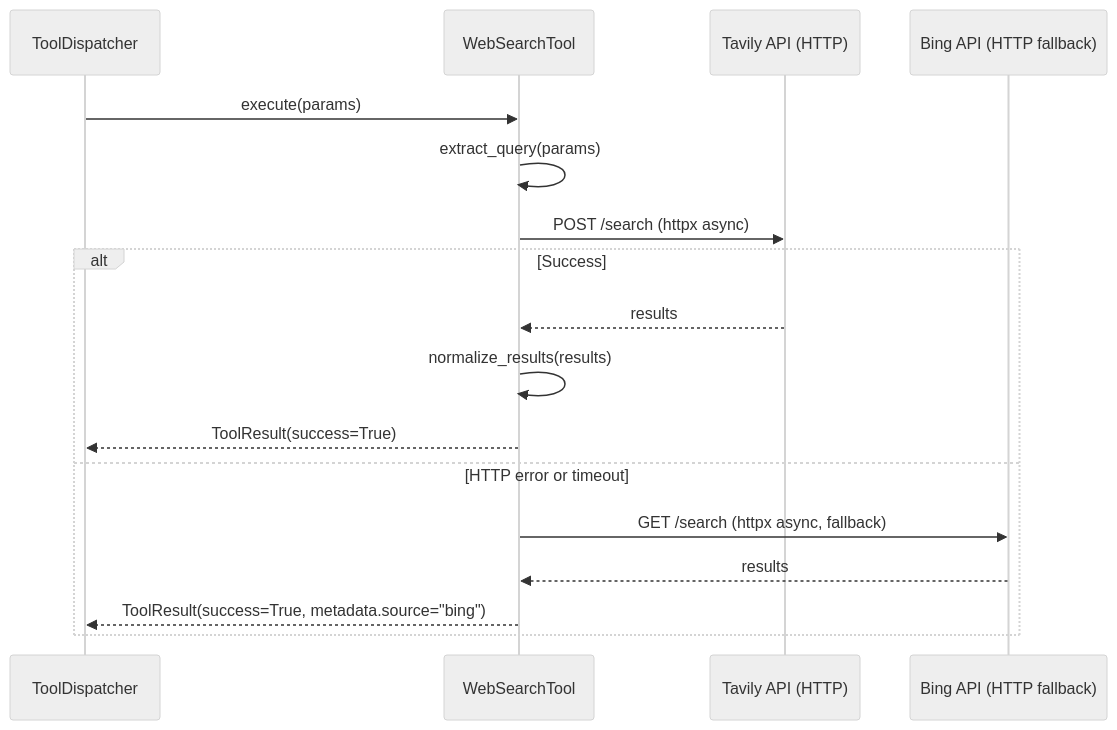
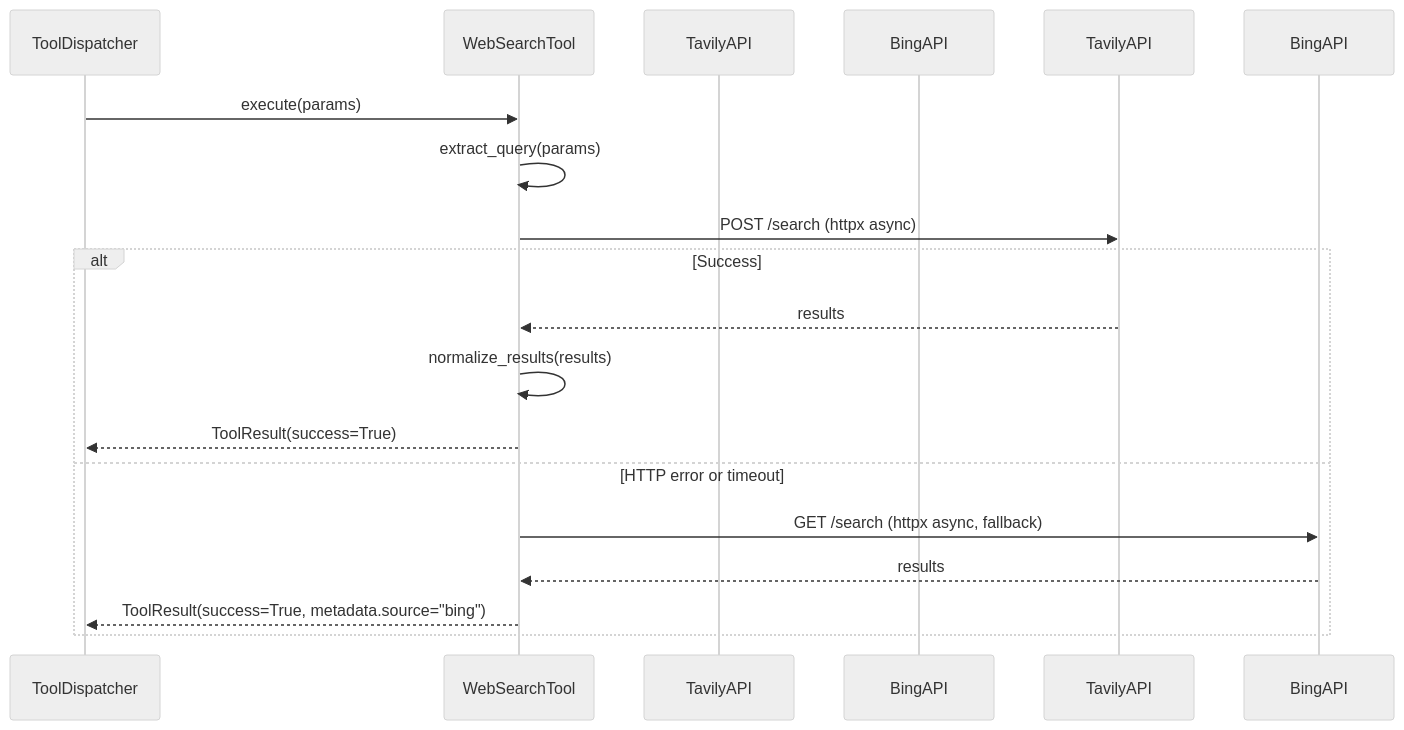
Before and after one commit to GranthanAI/llm-service: diagram 17 of 33 in docs/lld.md, drawn with Mermaid (neutral theme). The commit also changed other lines of this file and 1 other file, not shown here.

Commit message:
docs: fix mermaid diagrams and update folder structure to app/ layout

````diff
--- a/docs/lld.md
+++ b/docs/lld.md
@@ -1524,20 +1529,20 @@
 ```mermaid
 sequenceDiagram
     participant Dispatcher as ToolDispatcher
     participant SearchTool as WebSearchTool
-    participant Tavily as Tavily API (HTTP)
-    participant Bing as Bing API (HTTP fallback)
+    participant Tavily as TavilyAPI
+    participant Bing as BingAPI
 
     Dispatcher->>SearchTool: execute(params)
     SearchTool->>SearchTool: extract_query(params)
-    SearchTool->>Tavily: POST /search (httpx async)
+    SearchTool->>TavilyAPI: POST /search (httpx async)
     alt Success
-        Tavily-->>SearchTool: results
+        TavilyAPI-->>SearchTool: results
         SearchTool->>SearchTool: normalize_results(results)
         SearchTool-->>Dispatcher: ToolResult(success=True)
     else HTTP error or timeout
-        SearchTool->>Bing: GET /search (httpx async, fallback)
-        Bing-->>SearchTool: results
+        SearchTool->>BingAPI: GET /search (httpx async, fallback)
+        BingAPI-->>SearchTool: results
         SearchTool-->>Dispatcher: ToolResult(success=True, metadata.source="bing")
     end
 ```
````
